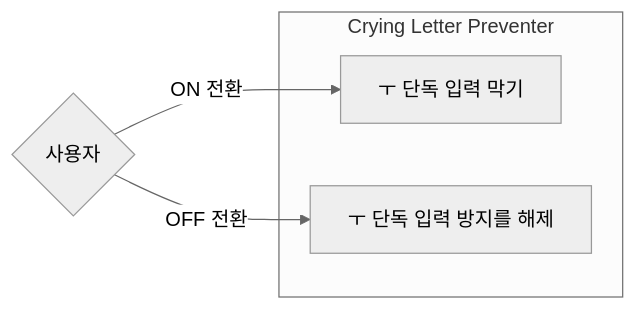
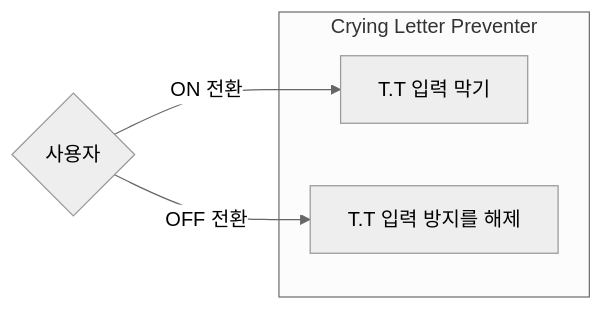
One commit to sarifor/crying-letter-preventer changed the diagram in docs/2. 설계/2.2 소프트웨어 설계/2.2.2 내부 설계/비즈니스 로직 프로그램 설계/유스케이스 다이어그램.md. Above: the diagram before and after it, drawn with Mermaid (neutral theme). The commit also changed 4 other files, not shown here.

````diff
--- a/docs/2. 설계/2.2 소프트웨어 설계/2.2.2 내부 설계/비즈니스 로직 프로그램 설계/유스케이스 다이어그램.md
+++ b/docs/2. 설계/2.2 소프트웨어 설계/2.2.2 내부 설계/비즈니스 로직 프로그램 설계/유스케이스 다이어그램.md
@@ -3,14 +3,14 @@
 ```mermaid
 flowchart LR
 
 A{사용자}
 
-A --"ON 전환"--> B[ㅜ 단독 입력 막기]
-A --"OFF 전환"--> C[ㅜ 단독 입력 방지를 해제]
+A --"ON 전환"--> B[T.T 입력 막기]
+A --"OFF 전환"--> C[T.T 입력 방지를 해제]
 
 subgraph Crying Letter Preventer
   B
   C
 end
 
 ```
````
